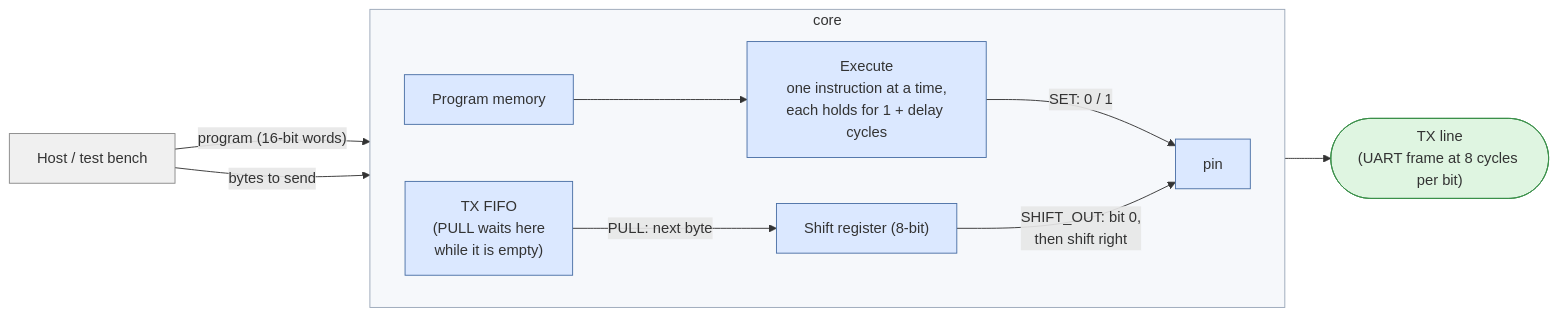
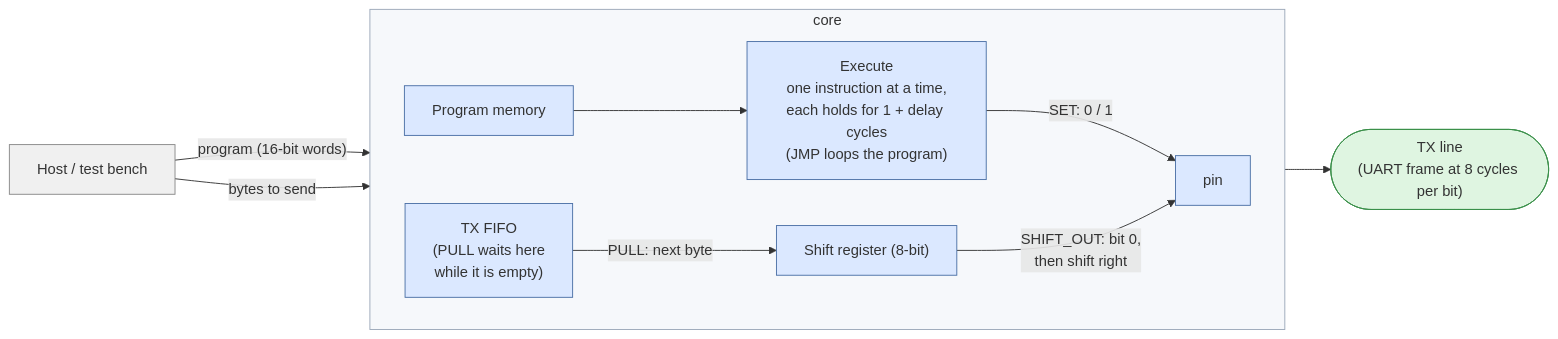
One commit to cshieldsce/smallcore changed the diagram in docs/overview.mmd. Above: the diagram before and after it, drawn with Mermaid. The commit also changed 11 other files, not shown here.

Commit message:
update diagrams for jmp

```diff
--- a/docs/overview.mmd
+++ b/docs/overview.mmd
@@ -1,25 +1,25 @@
 %% High-level view: what goes in, what comes out, and how a byte reaches the pin.
 flowchart LR
   classDef ext fill:#f0f0f0,stroke:#888
   classDef core fill:#dbe8ff,stroke:#4a6fa5
   classDef out fill:#dff5e1,stroke:#3a8f4a
 
   HOST["Host / test bench"]:::ext
   HOST -->|"program (16-bit words)"| IMEM
   HOST -->|"bytes to send"| FIFO
 
   subgraph core["core"]
     direction LR
     IMEM["Program memory"]:::core
-    EXEC["Execute<br/>one instruction at a time,<br/>each holds for 1 + delay cycles"]:::core
+    EXEC["Execute<br/>one instruction at a time,<br/>each holds for 1 + delay cycles<br/>(JMP loops the program)"]:::core
     FIFO["TX FIFO<br/>(PULL waits here<br/>while it is empty)"]:::core
     SR["Shift register (8-bit)"]:::core
     PIN["pin"]:::core
     IMEM --> EXEC
     EXEC -->|"SET: 0 / 1"| PIN
     FIFO -->|"PULL: next byte"| SR
     SR -->|"SHIFT_OUT: bit 0,<br/>then shift right"| PIN
   end
 
   PIN --> LINE(["TX line<br/>(UART frame at 8 cycles per bit)"]):::out
   style core fill:#f6f8fb,stroke:#9aa7b8
```
